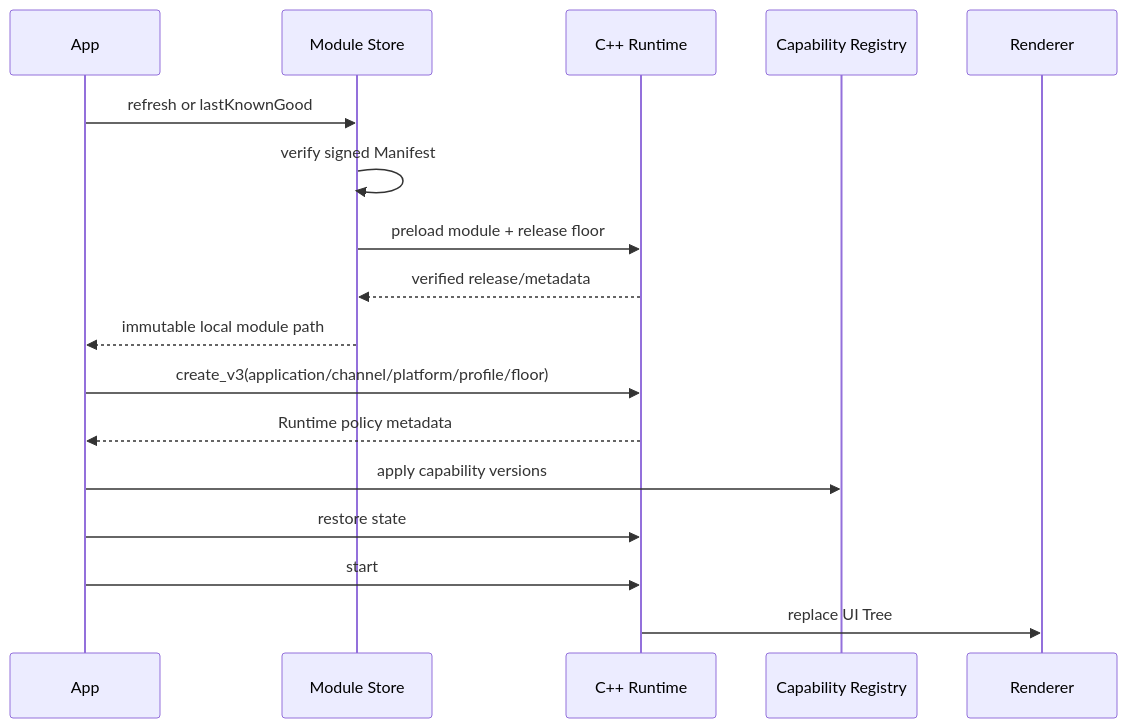
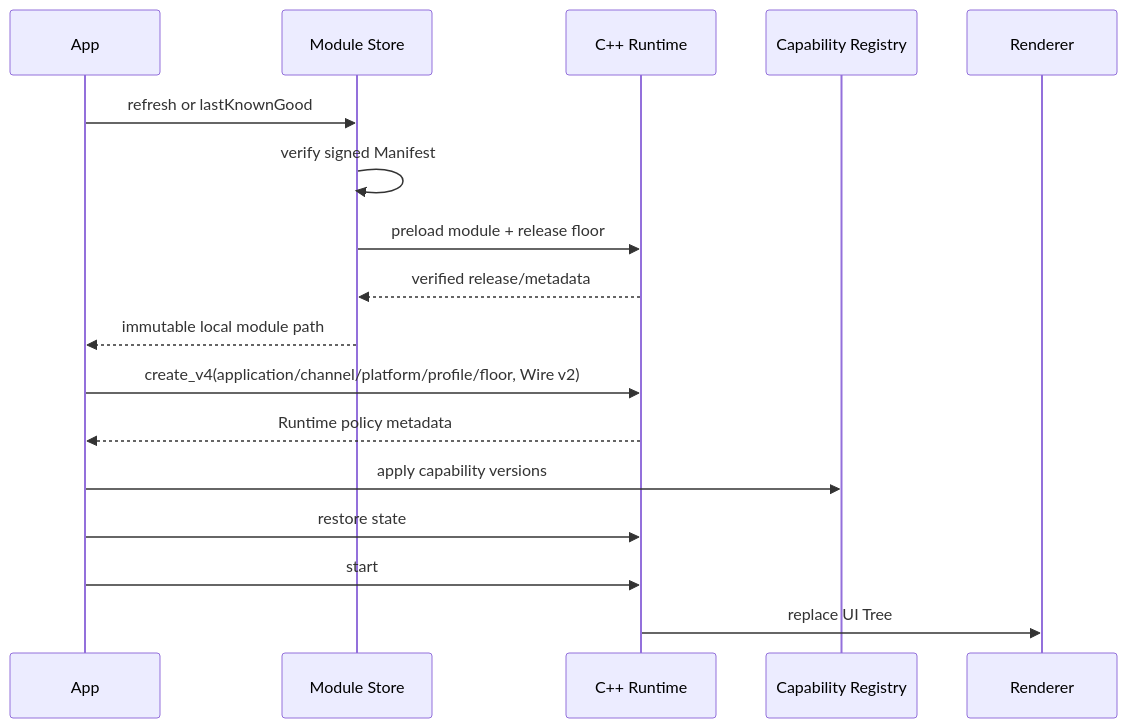
The diagram in docs/PLATFORM_INTEGRATION.zh-CN.md (kairowan/PVM-Runtime), drawn with Mermaid before and after one commit. The commit also changed other lines of this file and 46 other files, not shown here.

````diff
--- a/docs/PLATFORM_INTEGRATION.zh-CN.md
+++ b/docs/PLATFORM_INTEGRATION.zh-CN.md
@@ -17,20 +17,20 @@
 ```mermaid
 sequenceDiagram
     participant App
     participant Store as Module Store
     participant VM as C++ Runtime
     participant Registry as Capability Registry
     participant Renderer
 
     App->>Store: refresh or lastKnownGood
     Store->>Store: verify signed Manifest
     Store->>VM: preload module + release floor
     VM-->>Store: verified release/metadata
     Store-->>App: immutable local module path
-    App->>VM: create_v3(application/channel/platform/profile/floor)
+    App->>VM: create_v4(application/channel/platform/profile/floor, Wire v2)
     VM-->>App: Runtime policy metadata
     App->>Registry: apply capability versions
     App->>VM: restore state
     App->>VM: start
     VM->>Renderer: replace UI Tree
 ```
````
